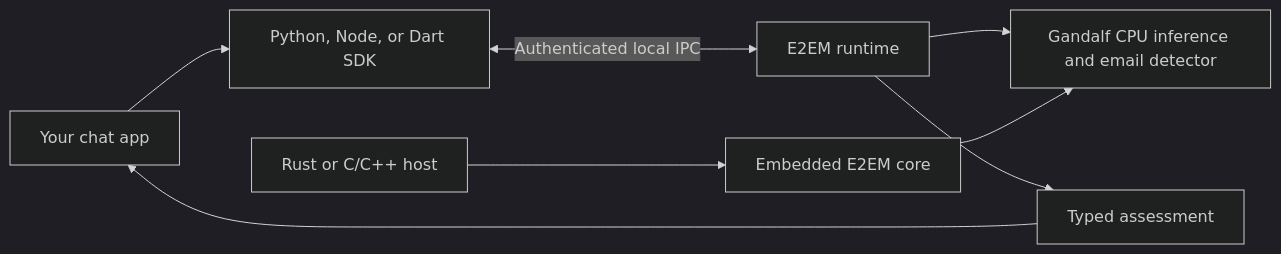
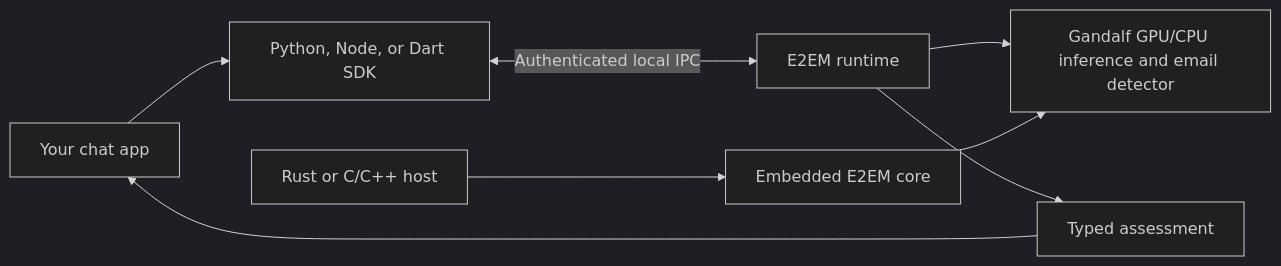
Before and after one commit to E2EMorg/e2em: the first of 2 diagrams in README.md, drawn with Mermaid (dark theme). The commit also changed other lines of this file and 4 other files, not shown here.

````diff
--- a/README.md
+++ b/README.md
@@ -86,10 +86,10 @@
 ```mermaid
 flowchart LR
     A[Your chat app] --> B[Python, Node, or Dart SDK]
     B <-->|Authenticated local IPC| C[E2EM runtime]
-    C --> D[Gandalf CPU inference and email detector]
+    C --> D[Gandalf GPU/CPU inference and email detector]
     C --> E[Typed assessment]
     E --> A
     F[Rust or C/C++ host] --> G[Embedded E2EM core]
     G --> D
 ```
````
